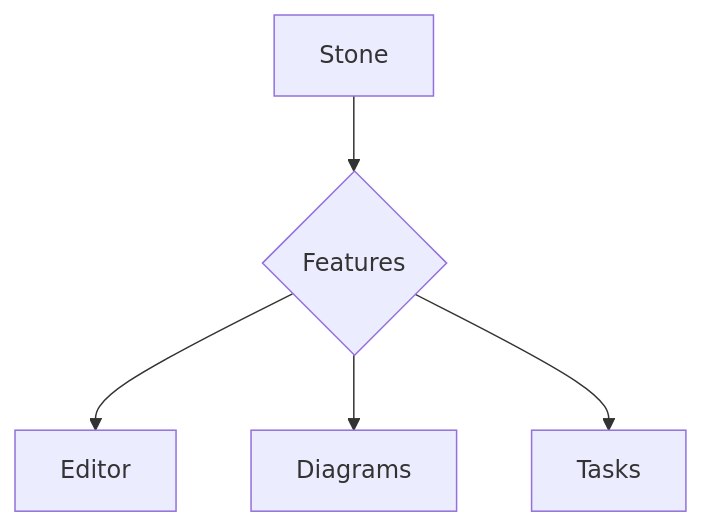
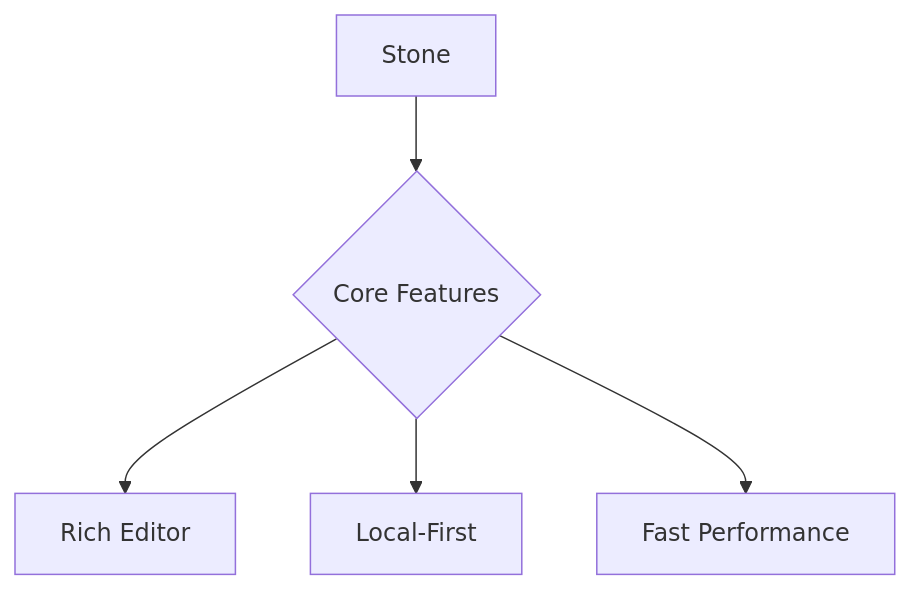
One commit to peritissimus/stone-tauri changed the diagram in README.md. Above: the diagram before and after it, drawn with Mermaid. The commit also changed other lines of this file, not shown here.

````diff
--- a/README.md
+++ b/README.md
@@ -53,7 +51,7 @@
 ```mermaid
 graph TD
-    A[Stone] --> B{Features}
-    B --> C[Editor]
-    B --> D[Diagrams]
-    B --> E[Tasks]
+    A[Stone] --> B{Core Features}
+    B --> C[Rich Editor]
+    B --> D[Local-First]
+    B --> E[Fast Performance]
 ```
````
